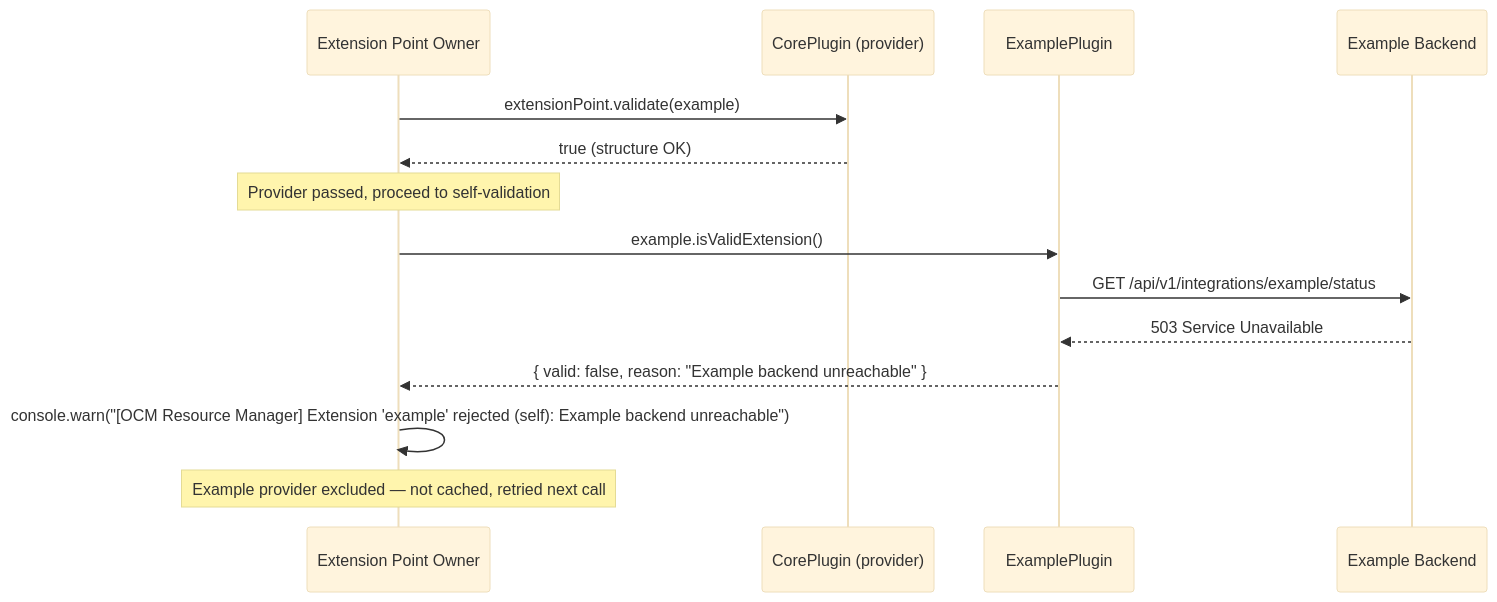
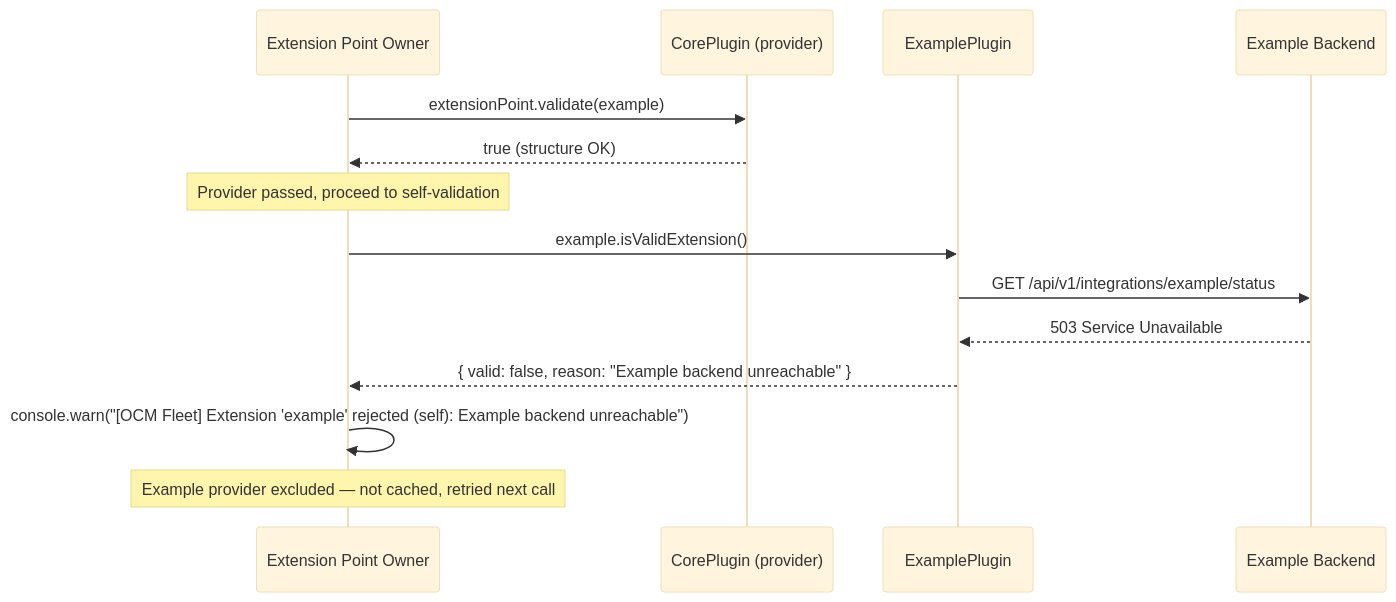
Before and after one commit to fleetshift/fleetshift-poc: the fourth of 4 diagrams in docs/ui/extension-validation.md, drawn with Mermaid (base theme). The commit also changed other lines of this file and 819 other files, not shown here.

Commit message:
Use OCM Fleet for project identity and terminology

````diff
--- a/docs/ui/extension-validation.md
+++ b/docs/ui/extension-validation.md
@@ -586,18 +586,18 @@
 ```mermaid
 sequenceDiagram
     participant EPOwner as Extension Point Owner
     participant Core as CorePlugin (provider)
     participant ExampleProvider as ExamplePlugin
     participant Backend as Example Backend
 
     EPOwner->>Core: extensionPoint.validate(example)
     Core-->>EPOwner: true (structure OK)
 
     Note over EPOwner: Provider passed, proceed to self-validation
     EPOwner->>ExampleProvider: example.isValidExtension()
     ExampleProvider->>Backend: GET /api/v1/integrations/example/status
     Backend-->>ExampleProvider: 503 Service Unavailable
     ExampleProvider-->>EPOwner: { valid: false, reason: "Example backend unreachable" }
-    EPOwner->>EPOwner: console.warn("[OCM Resource Manager] Extension 'example' rejected (self): Example backend unreachable")
+    EPOwner->>EPOwner: console.warn("[OCM Fleet] Extension 'example' rejected (self): Example backend unreachable")
     Note over EPOwner: Example provider excluded — not cached, retried next call
 ```
````
